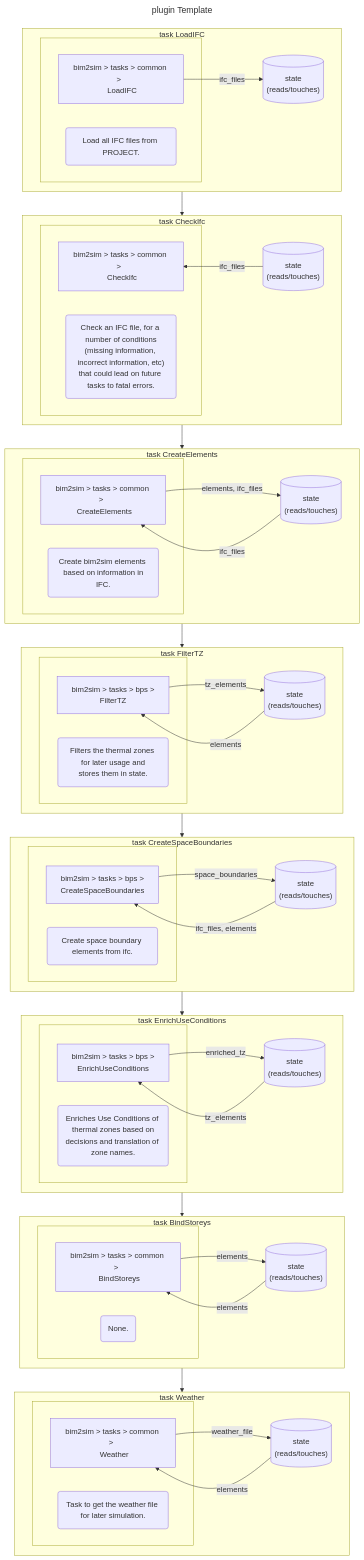
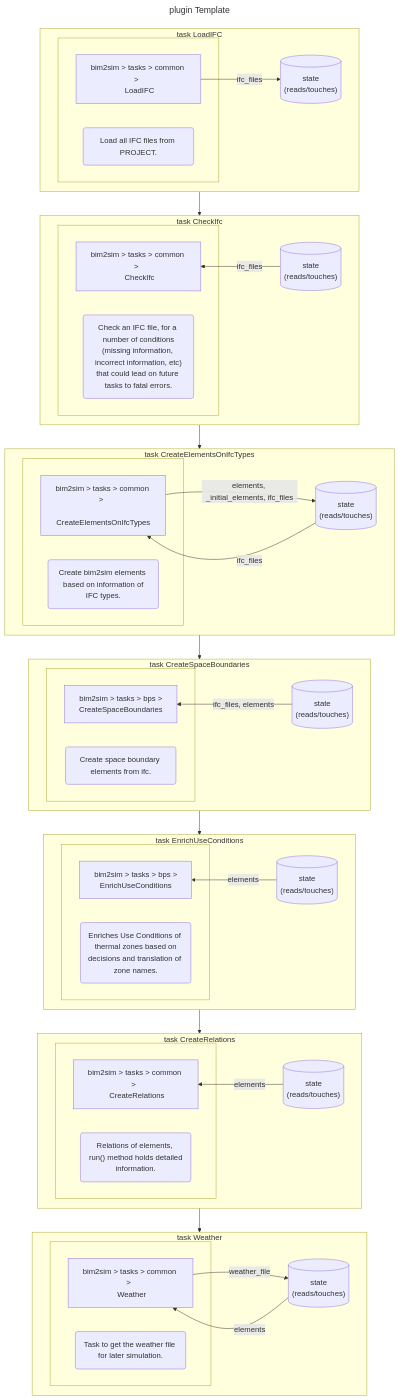
One commit to BIM2SIM/bim2sim changed the diagram in docs/source/img/dynamic/plugindiagram/template_structure_decentral_state.mmd. Above: the diagram before and after it, drawn with Mermaid. The commit also changed 6 other files, not shown here.

Commit message:
updated mermaid files

```diff
--- a/docs/source/img/dynamic/plugindiagram/template_structure_decentral_state.mmd
+++ b/docs/source/img/dynamic/plugindiagram/template_structure_decentral_state.mmd
@@ -1,148 +1,124 @@
 ---
 title: plugin Template
 ---
 flowchart TB
     
 subgraph taskLoadIFC["task LoadIFC"]
  subgraph "" 
 
   tLoadIFC["bim2sim > tasks > common >  
  LoadIFC"]
   extLoadIFC(" Load all IFC files from PROJECT. " )
  end
 
 stateLoadIFC[("state
  (reads/touches)")]
     
 tLoadIFC -- ifc_files --> stateLoadIFC
 
 end
     
 subgraph taskCheckIfc["task CheckIfc"]
  subgraph "" 
 
   tCheckIfc["bim2sim > tasks > common >  
  CheckIfc"]
   extCheckIfc("  Check an IFC file, for a number of conditions
 (missing information, incorrect information, etc)
 that could lead on future tasks to fatal errors. " )
  end
 
 stateCheckIfc[("state
  (reads/touches)")]
     
 stateCheckIfc -- ifc_files --> tCheckIfc
 direction RL
 end
     
-subgraph taskCreateElements["task CreateElements"]
+subgraph taskCreateElementsOnIfcTypes["task CreateElementsOnIfcTypes"]
  subgraph "" 
 
-  tCreateElements["bim2sim > tasks > common >  
- CreateElements"]
-  extCreateElements(" Create bim2sim elements based on information in
-IFC. " )
+  tCreateElementsOnIfcTypes["bim2sim > tasks > common >  
+ CreateElementsOnIfcTypes"]
+  extCreateElementsOnIfcTypes(" Create bim2sim elements based on information of
+IFC types. " )
  end
 
-stateCreateElements[("state
+stateCreateElementsOnIfcTypes[("state
  (reads/touches)")]
     
-stateCreateElements -- ifc_files --> tCreateElements
+stateCreateElementsOnIfcTypes -- ifc_files --> tCreateElementsOnIfcTypes
 
-tCreateElements -- elements, ifc_files --> stateCreateElements
-
-end
-    
-subgraph taskFilterTZ["task FilterTZ"]
- subgraph "" 
-
-  tFilterTZ["bim2sim > tasks > bps >  
- FilterTZ"]
-  extFilterTZ(" Filters the thermal zones for later usage and
-stores them in state. " )
- end
-
-stateFilterTZ[("state
- (reads/touches)")]
-    
-stateFilterTZ -- elements --> tFilterTZ
-
-tFilterTZ -- tz_elements --> stateFilterTZ
+tCreateElementsOnIfcTypes -- elements, _initial_elements, ifc_files --> stateCreateElementsOnIfcTypes
 
 end
     
 subgraph taskCreateSpaceBoundaries["task CreateSpaceBoundaries"]
  subgraph "" 
 
   tCreateSpaceBoundaries["bim2sim > tasks > bps >  
  CreateSpaceBoundaries"]
   extCreateSpaceBoundaries(" Create space boundary elements from ifc. " )
  end
 
 stateCreateSpaceBoundaries[("state
  (reads/touches)")]
     
 stateCreateSpaceBoundaries -- ifc_files, elements --> tCreateSpaceBoundaries
-
-tCreateSpaceBoundaries -- space_boundaries --> stateCreateSpaceBoundaries
-
+direction RL
 end
     
 subgraph taskEnrichUseConditions["task EnrichUseConditions"]
  subgraph "" 
 
   tEnrichUseConditions["bim2sim > tasks > bps >  
  EnrichUseConditions"]
   extEnrichUseConditions(" Enriches Use Conditions of thermal zones based on
 decisions and translation of zone names. " )
  end
 
 stateEnrichUseConditions[("state
  (reads/touches)")]
     
-stateEnrichUseConditions -- tz_elements --> tEnrichUseConditions
-
-tEnrichUseConditions -- enriched_tz --> stateEnrichUseConditions
-
+stateEnrichUseConditions -- elements --> tEnrichUseConditions
+direction RL
 end
     
-subgraph taskBindStoreys["task BindStoreys"]
+subgraph taskCreateRelations["task CreateRelations"]
  subgraph "" 
 
-  tBindStoreys["bim2sim > tasks > common >  
- BindStoreys"]
-  extBindStoreys(" None. " )
+  tCreateRelations["bim2sim > tasks > common >  
+ CreateRelations"]
+  extCreateRelations(" Relations of elements, run() method holds detailed
+information. " )
  end
 
-stateBindStoreys[("state
+stateCreateRelations[("state
  (reads/touches)")]
     
-stateBindStoreys -- elements --> tBindStoreys
-
-tBindStoreys -- elements --> stateBindStoreys
-
+stateCreateRelations -- elements --> tCreateRelations
+direction RL
 end
     
 subgraph taskWeather["task Weather"]
  subgraph "" 
 
   tWeather["bim2sim > tasks > common >  
  Weather"]
   extWeather(" Task to get the weather file for later simulation. " )
  end
 
 stateWeather[("state
  (reads/touches)")]
     
 stateWeather -- elements --> tWeather
 
 tWeather -- weather_file --> stateWeather
 
 end
     taskLoadIFC --> taskCheckIfc 
-taskCheckIfc --> taskCreateElements 
-taskCreateElements --> taskFilterTZ 
-taskFilterTZ --> taskCreateSpaceBoundaries 
+taskCheckIfc --> taskCreateElementsOnIfcTypes 
+taskCreateElementsOnIfcTypes --> taskCreateSpaceBoundaries 
 taskCreateSpaceBoundaries --> taskEnrichUseConditions 
-taskEnrichUseConditions --> taskBindStoreys 
-taskBindStoreys --> taskWeather 
+taskEnrichUseConditions --> taskCreateRelations 
+taskCreateRelations --> taskWeather 
```
